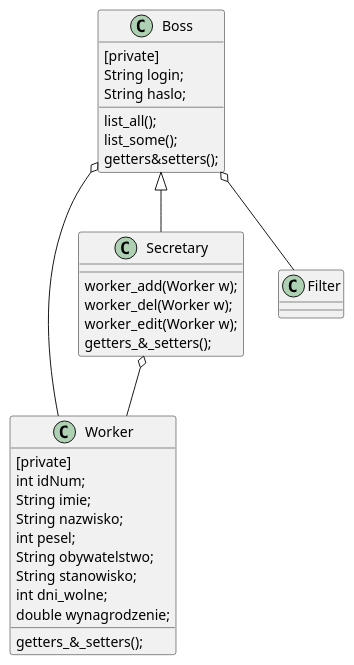
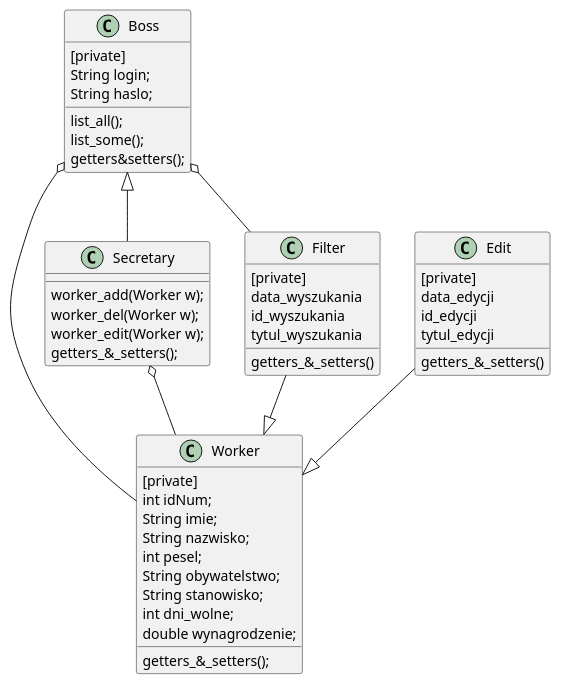
The diagram in Klasy.puml (beagleman777/ProjektPO2024), drawn with PlantUML before and after one commit. The commit also changed 1 other file, not shown here.

```diff
--- a/Klasy.puml
+++ b/Klasy.puml
@@ -1,36 +1,49 @@
 @startuml
 'https://plantuml.com/sequence-diagram
 class Boss{
     [private]
     String login;
     String haslo;
     list_all();
     list_some();
     getters&setters();
 }
 class Worker{
     [private]
     int idNum;
     String imie;
     String nazwisko;
     int pesel;
     String obywatelstwo;
     String stanowisko;
     int dni_wolne;
     double wynagrodzenie;
     getters_&_setters();
 }
 class Secretary{
     worker_add(Worker w);
     worker_del(Worker w);
     worker_edit(Worker w);
     getters_&_setters();
 }
 class Filter{
-
+    [private]
+    data_wyszukania
+    id_wyszukania
+    tytul_wyszukania
+    getters_&_setters()
+}
+class Edit{
+    [private]
+    data_edycji
+    id_edycji
+    tytul_edycji
+    getters_&_setters()
 }
 Secretary o-- Worker
 Boss <|-- Secretary
 Boss o-- Worker
 Boss o-- Filter
+Filter --|> Worker
+Edit --|> Worker
 @enduml
```
